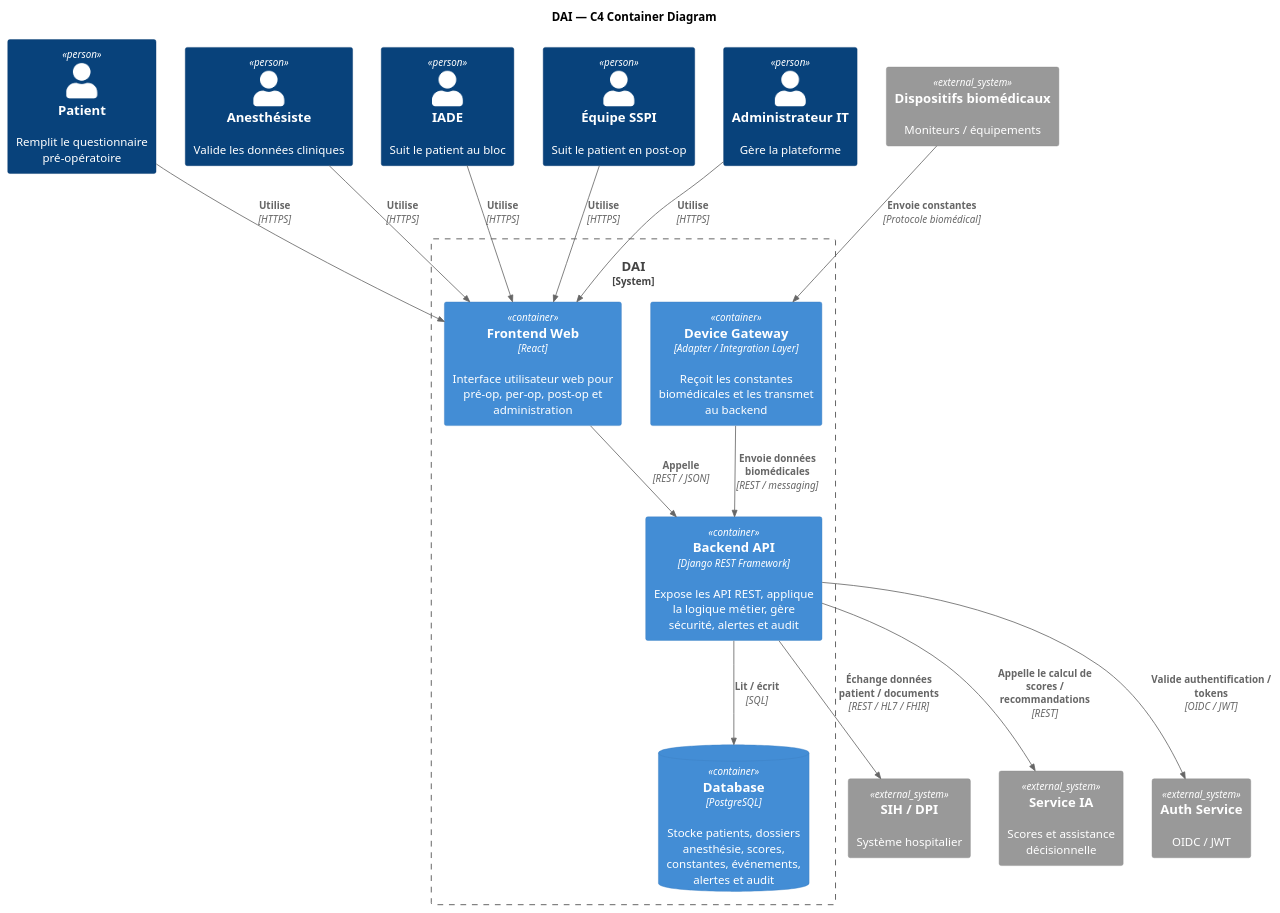
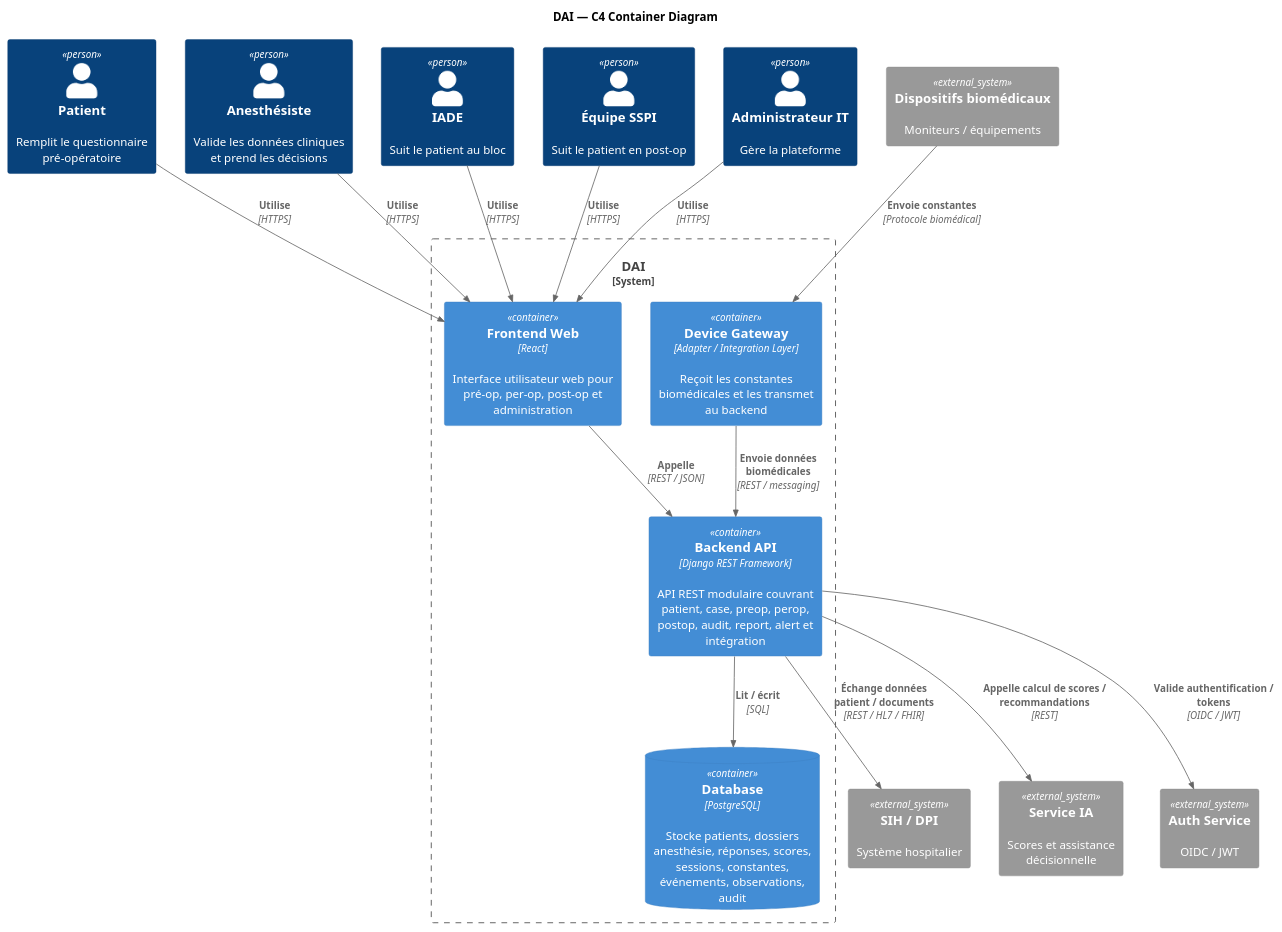
One commit to yasminebelhajmabrouk-ops/yasmine_DAI changed the diagram in diagrams/c4/container-diagram.puml. Above: the diagram before and after it, drawn with PlantUML. The commit also changed 3 other files, not shown here.

Commit message:
docs(c4): update backend architecture diagrams and add c4 readme

```diff
--- a/diagrams/c4/container-diagram.puml
+++ b/diagrams/c4/container-diagram.puml
@@ -1,42 +1,42 @@
 @startuml
 !include https://raw.githubusercontent.com/plantuml-stdlib/C4-PlantUML/master/C4_Container.puml
 
 title DAI — C4 Container Diagram
 
 Person(patient, "Patient", "Remplit le questionnaire pré-opératoire")
-Person(anesthesiste, "Anesthésiste", "Valide les données cliniques")
+Person(anesthesiste, "Anesthésiste", "Valide les données cliniques et prend les décisions")
 Person(iade, "IADE", "Suit le patient au bloc")
 Person(sspi, "Équipe SSPI", "Suit le patient en post-op")
 Person(admin, "Administrateur IT", "Gère la plateforme")
 
 System_Ext(sih, "SIH / DPI", "Système hospitalier")
 System_Ext(devices, "Dispositifs biomédicaux", "Moniteurs / équipements")
 System_Ext(ai, "Service IA", "Scores et assistance décisionnelle")
 System_Ext(auth, "Auth Service", "OIDC / JWT")
 
 System_Boundary(dai, "DAI") {
 
   Container(frontend, "Frontend Web", "React", "Interface utilisateur web pour pré-op, per-op, post-op et administration")
-  
-  Container(api, "Backend API", "Django REST Framework", "Expose les API REST, applique la logique métier, gère sécurité, alertes et audit")
 
-  ContainerDb(db, "Database", "PostgreSQL", "Stocke patients, dossiers anesthésie, scores, constantes, événements, alertes et audit")
+  Container(api, "Backend API", "Django REST Framework", "API REST modulaire couvrant patient, case, preop, perop, postop, audit, report, alert et intégration")
+
+  ContainerDb(db, "Database", "PostgreSQL", "Stocke patients, dossiers anesthésie, réponses, scores, sessions, constantes, événements, observations, audit")
 
   Container(gateway, "Device Gateway", "Adapter / Integration Layer", "Reçoit les constantes biomédicales et les transmet au backend")
 }
 
 Rel(patient, frontend, "Utilise", "HTTPS")
 Rel(anesthesiste, frontend, "Utilise", "HTTPS")
 Rel(iade, frontend, "Utilise", "HTTPS")
 Rel(sspi, frontend, "Utilise", "HTTPS")
 Rel(admin, frontend, "Utilise", "HTTPS")
 
 Rel(frontend, api, "Appelle", "REST / JSON")
 Rel(api, db, "Lit / écrit", "SQL")
 Rel(gateway, api, "Envoie données biomédicales", "REST / messaging")
-Rel(api, ai, "Appelle le calcul de scores / recommandations", "REST")
+Rel(api, ai, "Appelle calcul de scores / recommandations", "REST")
 Rel(api, auth, "Valide authentification / tokens", "OIDC / JWT")
 Rel(api, sih, "Échange données patient / documents", "REST / HL7 / FHIR")
 Rel(devices, gateway, "Envoie constantes", "Protocole biomédical")
 
 @enduml
```
